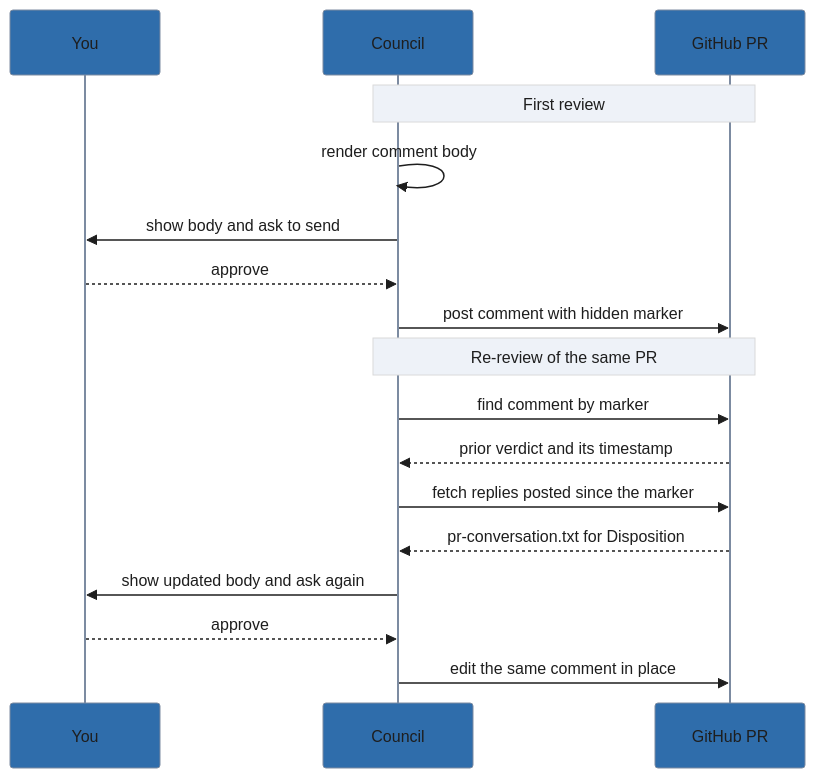
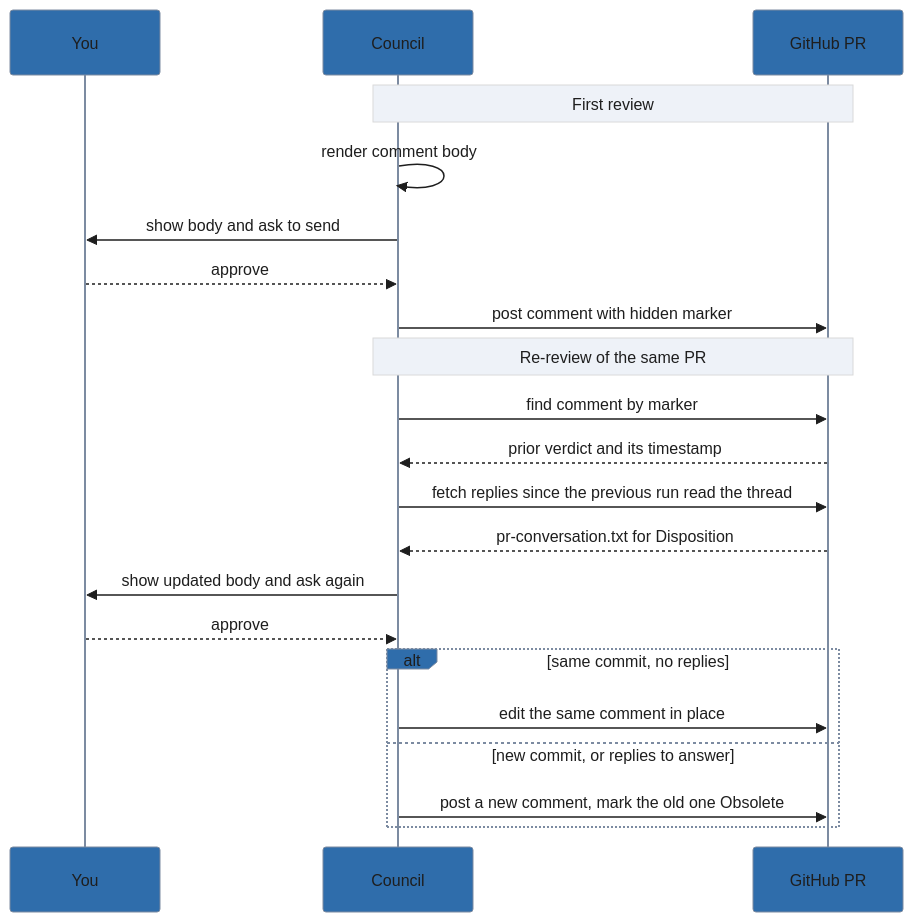
The first of 2 diagrams in README.md (lolables/lola-mod-review-council), drawn with Mermaid before and after one commit. The commit also changed other lines of this file and 27 other files, not shown here.

````diff
--- a/README.md
+++ b/README.md
@@ -338,37 +338,41 @@
 ```mermaid
 %%{init: {'theme': 'base', 'themeVariables': {
   'primaryColor': '#2f6dab',
   'primaryTextColor': '#1e1e1e',
   'primaryBorderColor': '#7c8ba1',
   'lineColor': '#7c8ba1',
   'edgeLabelBackground': '#eef2f8',
   'tertiaryColor': 'transparent',
   'tertiaryTextColor': '#7c8ba1',
   'tertiaryBorderColor': '#7c8ba1',
   'clusterBkg': 'transparent',
   'clusterBorder': '#7c8ba1',
   'titleColor': '#7c8ba1',
   'noteBkgColor': '#eef2f8',
   'noteTextColor': '#1e1e1e',
   'fontFamily': 'system-ui, sans-serif'
 }, 'themeCSS': '.node .nodeLabel{color:#ffffff!important;fill:#ffffff!important;}'}}%%
 sequenceDiagram
     participant You
     participant Council
     participant PR as GitHub PR
 
     Note over Council,PR: First review
     Council->>Council: render comment body
     Council->>You: show body and ask to send
     You-->>Council: approve
     Council->>PR: post comment with hidden marker
 
     Note over Council,PR: Re-review of the same PR
     Council->>PR: find comment by marker
     PR-->>Council: prior verdict and its timestamp
-    Council->>PR: fetch replies posted since the marker
+    Council->>PR: fetch replies since the previous run read the thread
     PR-->>Council: pr-conversation.txt for Disposition
     Council->>You: show updated body and ask again
     You-->>Council: approve
-    Council->>PR: edit the same comment in place
+    alt same commit, no replies
+        Council->>PR: edit the same comment in place
+    else new commit, or replies to answer
+        Council->>PR: post a new comment, mark the old one Obsolete
+    end
 ```
````
